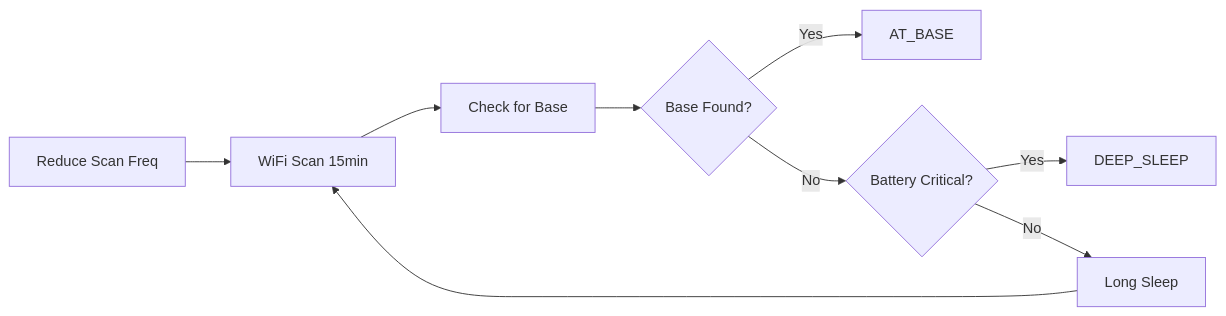
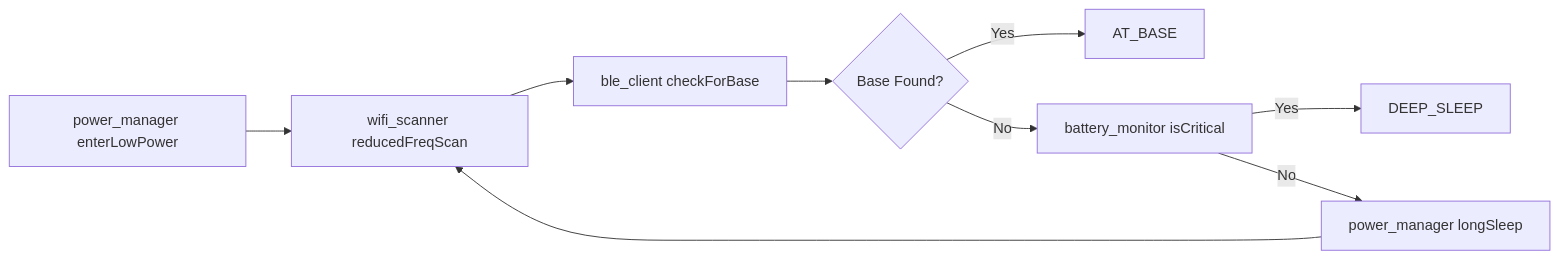
Before and after one commit to Ameciclo/bpr-sistema: the fifth of 10 diagrams in firmware/bike/SYSTEM_FLOW.md, drawn with Mermaid. The commit also changed other lines of this file and 49 other files, not shown here.

````diff
--- a/firmware/bike/SYSTEM_FLOW.md
+++ b/firmware/bike/SYSTEM_FLOW.md
@@ -111,11 +125,11 @@
 ```mermaid
 flowchart LR
-    A[Reduce Scan Freq] --> B[WiFi Scan 15min]
-    B --> C[Check for Base]
+    A[power_manager enterLowPower] --> B[wifi_scanner reducedFreqScan]
+    B --> C[ble_client checkForBase]
     C --> D{Base Found?}
     D -->|Yes| E[AT_BASE]
-    D -->|No| F{Battery Critical?}
+    D -->|No| F[battery_monitor isCritical]
     F -->|Yes| G[DEEP_SLEEP]
-    F -->|No| H[Long Sleep]
+    F -->|No| H[power_manager longSleep]
     H --> B
 ```
````
